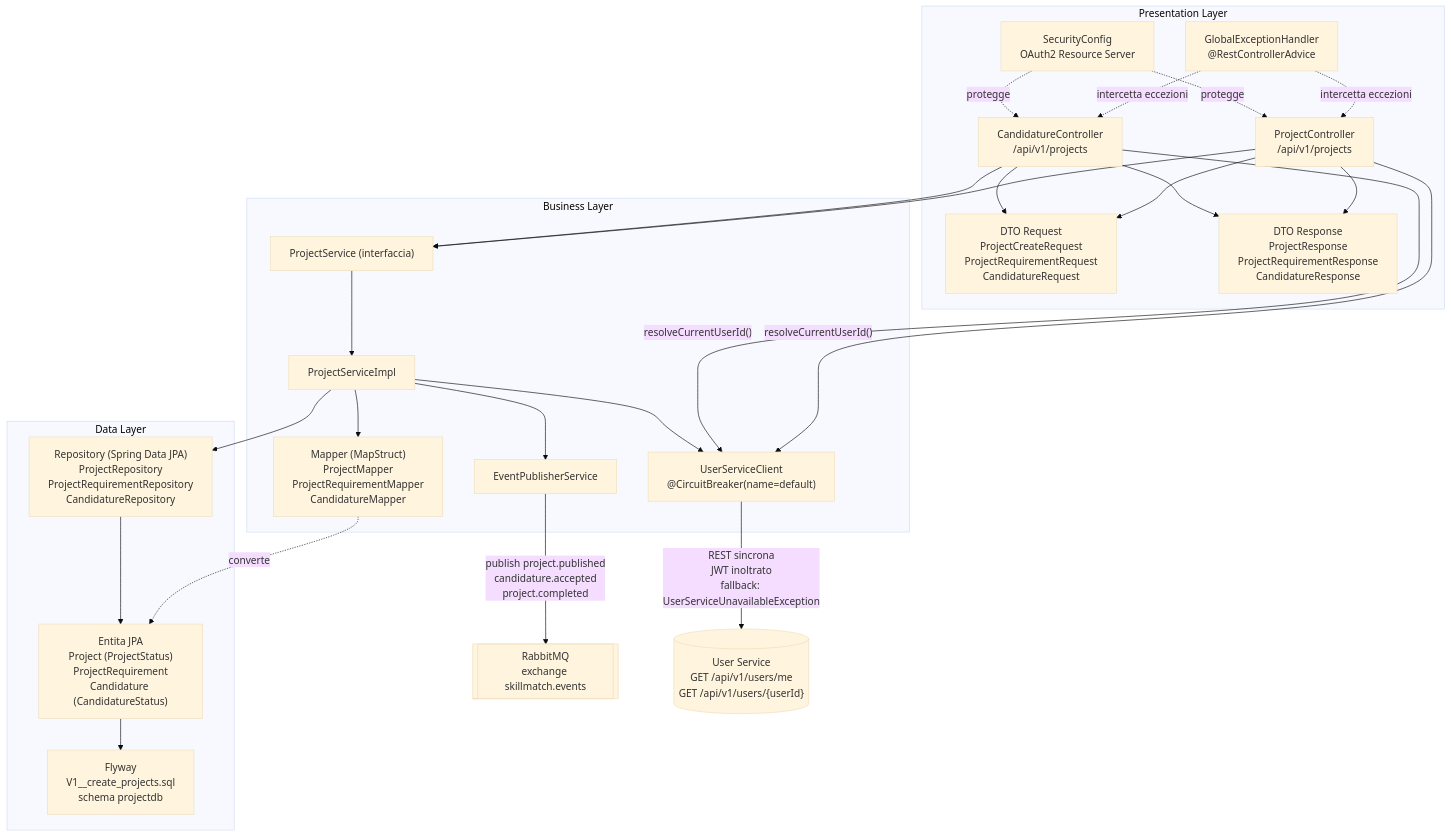
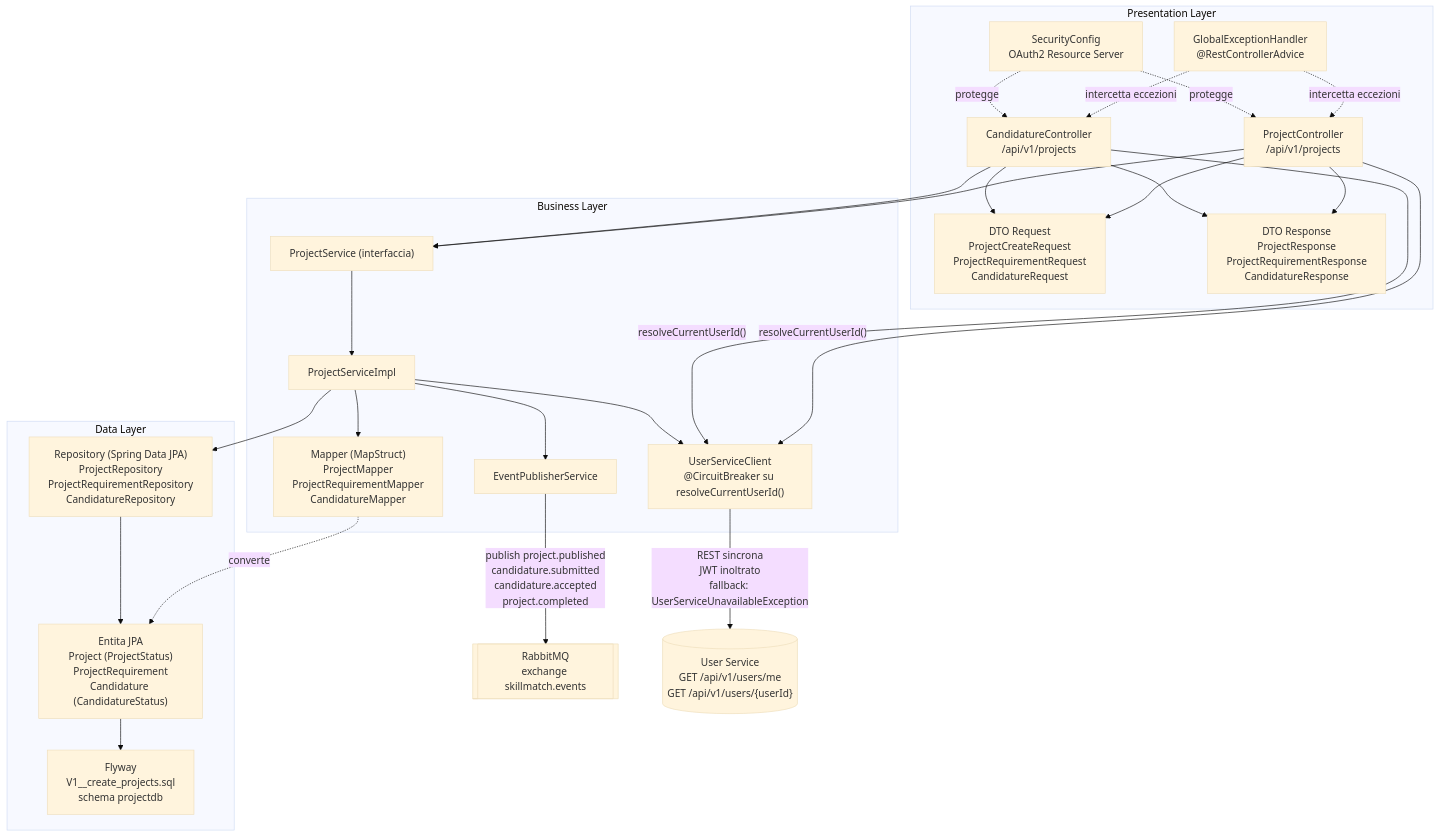
The diagram in docs/three-layer/project-service-layers.md (aandrioli62/skillmatch-2026), drawn with Mermaid (base theme) before and after one commit. The commit also changed other lines of this file and 79 other files, not shown here.

````diff
--- a/docs/three-layer/project-service-layers.md
+++ b/docs/three-layer/project-service-layers.md
@@ -7,54 +7,54 @@
 ```mermaid
 flowchart TB
     subgraph PRES["Presentation Layer"]
         PC["ProjectController<br/>/api/v1/projects"]
         CC["CandidatureController<br/>/api/v1/projects"]
         REQ["DTO Request<br/>ProjectCreateRequest<br/>ProjectRequirementRequest<br/>CandidatureRequest"]
         RESP["DTO Response<br/>ProjectResponse<br/>ProjectRequirementResponse<br/>CandidatureResponse"]
         GEH["GlobalExceptionHandler<br/>@RestControllerAdvice"]
         SEC["SecurityConfig<br/>OAuth2 Resource Server"]
     end
 
     subgraph BUS["Business Layer"]
         PS["ProjectService (interfaccia)"]
         PSI["ProjectServiceImpl"]
         EPS["EventPublisherService"]
-        USC["UserServiceClient<br/>@CircuitBreaker(name=default)"]
+        USC["UserServiceClient<br/>@CircuitBreaker su resolveCurrentUserId()"]
         MAP["Mapper (MapStruct)<br/>ProjectMapper<br/>ProjectRequirementMapper<br/>CandidatureMapper"]
     end
 
     subgraph DATA["Data Layer"]
         REPO["Repository (Spring Data JPA)<br/>ProjectRepository<br/>ProjectRequirementRepository<br/>CandidatureRepository"]
         ENT["Entita JPA<br/>Project (ProjectStatus)<br/>ProjectRequirement<br/>Candidature (CandidatureStatus)"]
         FLY["Flyway<br/>V1__create_projects.sql<br/>schema projectdb"]
     end
 
     RMQ[["RabbitMQ<br/>exchange skillmatch.events"]]
     USVC[("User Service<br/>GET /api/v1/users/me<br/>GET /api/v1/users/{userId}")]
 
     PC --> REQ
     PC --> RESP
     CC --> REQ
     CC --> RESP
     PC -- "resolveCurrentUserId()" --> USC
     CC -- "resolveCurrentUserId()" --> USC
     GEH -.intercetta eccezioni.-> PC
     GEH -.intercetta eccezioni.-> CC
     SEC -.protegge.-> PC
     SEC -.protegge.-> CC
 
     PC --> PS
     CC --> PS
     PS --> PSI
     PSI --> MAP
     PSI --> EPS
     PSI --> REPO
     PSI --> USC
     MAP -.converte.-> ENT
 
     USC -- "REST sincrona<br/>JWT inoltrato<br/>fallback: UserServiceUnavailableException" --> USVC
-    EPS -- "publish project.published<br/>candidature.accepted<br/>project.completed" --> RMQ
+    EPS -- "publish project.published<br/>candidature.submitted<br/>candidature.accepted<br/>project.completed" --> RMQ
 
     REPO --> ENT
     ENT --> FLY
 ```
````
